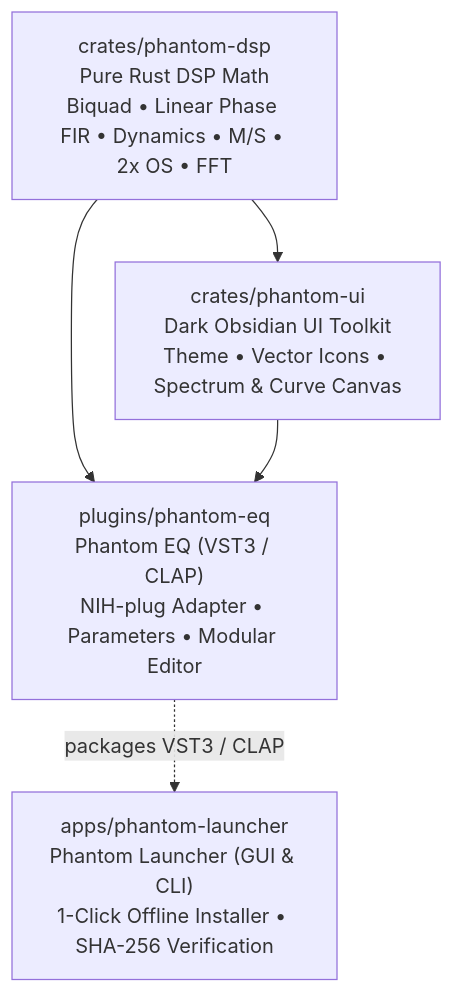
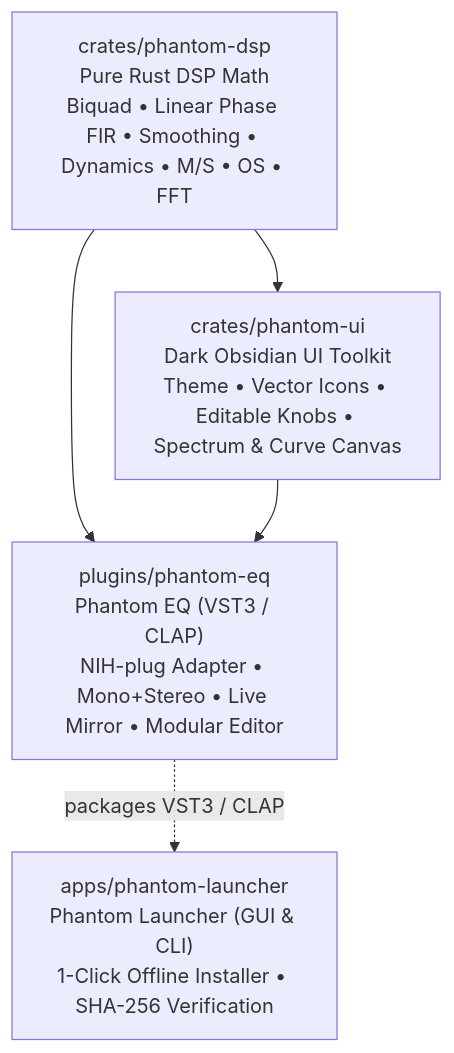
The diagram in README.md (intity01/phantom-dsp-suite), drawn with Mermaid before and after one commit. The commit also changed other lines of this file and 36 other files, not shown here.

Commit message:
feat(phantom-eq): v0.1.0 RC — zero-click smoothing, PDC bypass crossfade, mono support, Pro-Q 4 context menu, knob typing & gain scale

````diff
--- a/README.md
+++ b/README.md
@@ -35,12 +35,12 @@
 ```mermaid
 flowchart TD
-    DSP["crates/phantom-dsp<br/>Pure Rust DSP Math<br/>Biquad • Linear Phase FIR • Dynamics • M/S • 2x OS • FFT"]
-    UI["crates/phantom-ui<br/>Dark Obsidian UI Toolkit<br/>Theme • Vector Icons • Spectrum & Curve Canvas"]
-    EQ["plugins/phantom-eq<br/>Phantom EQ (VST3 / CLAP)<br/>NIH-plug Adapter • Parameters • Modular Editor"]
+    DSP["crates/phantom-dsp<br/>Pure Rust DSP Math<br/>Biquad • Linear Phase FIR • Smoothing • Dynamics • M/S • OS • FFT"]
+    UI["crates/phantom-ui<br/>Dark Obsidian UI Toolkit<br/>Theme • Vector Icons • Editable Knobs • Spectrum & Curve Canvas"]
+    EQ["plugins/phantom-eq<br/>Phantom EQ (VST3 / CLAP)<br/>NIH-plug Adapter • Mono+Stereo • Live Mirror • Modular Editor"]
     LAUNCHER["apps/phantom-launcher<br/>Phantom Launcher (GUI & CLI)<br/>1-Click Offline Installer • SHA-256 Verification"]
 
     DSP --> UI
     DSP --> EQ
     UI --> EQ
     EQ -. "packages VST3 / CLAP" .-> LAUNCHER
 ```
````
